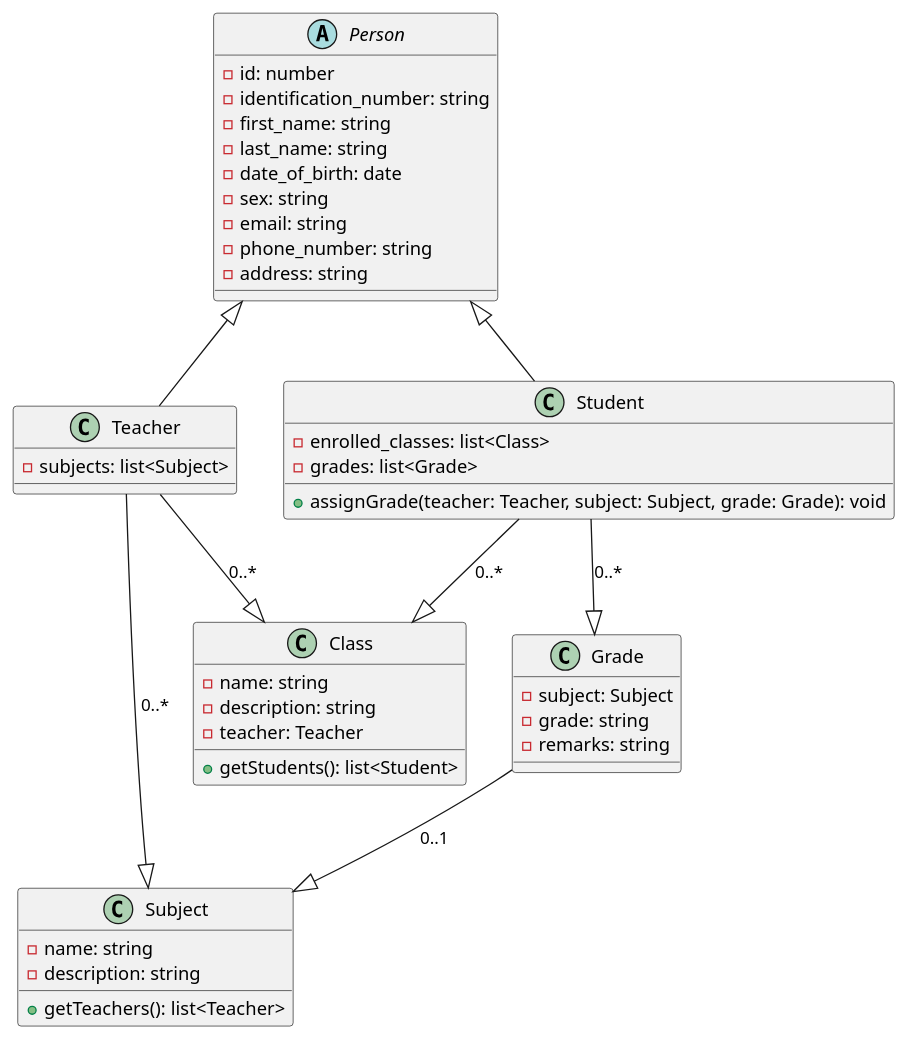
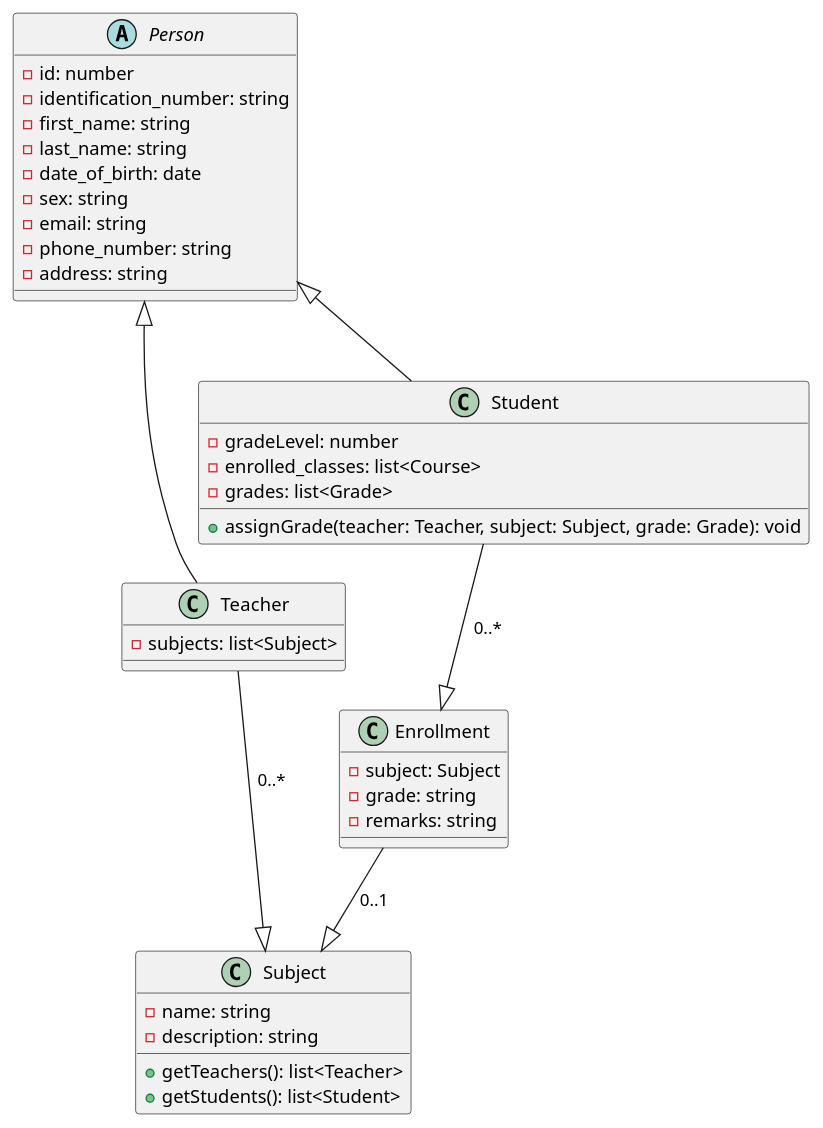
Before and after one commit to Zekiloni/school-management-api-laravel: the diagram in doc/erm-diagram.puml, drawn with PlantUML. The commit also changed 11 other files, not shown here.

```diff
--- a/doc/erm-diagram.puml
+++ b/doc/erm-diagram.puml
@@ -1,55 +1,47 @@
 @startuml "school management erm diagram"
 
 abstract class Person {
    -id: number
    -identification_number: string
    -first_name: string
    -last_name: string
    -date_of_birth: date
    -sex: string
    -email: string
    -phone_number: string
    -address: string
 }
 
 
 class Teacher {
    -subjects: list<Subject>
-   
 }
 
 class Student {
-   -enrolled_classes: list<Class>
+   -gradeLevel: number
+   -enrolled_classes: list<Course>
    -grades: list<Grade>
    +assignGrade(teacher: Teacher, subject: Subject, grade: Grade): void
-}
-
-class Class {
-   -name: string
-   -description: string
-   -teacher: Teacher
-   +getStudents(): list<Student>
 }
 
 class Subject {
    -name: string
    -description: string
    +getTeachers(): list<Teacher>
+   +getStudents(): list<Student>
 }
 
-class Grade {
+class Enrollment {
    -subject: Subject
    -grade: string
    -remarks: string
 }
 
 Person <|-- Teacher
 Person <|-- Student
 
-Student --|> Class : 0..*
-Student --|> Grade : 0..*
-Grade --|> Subject : 0..1
+Student --|> Enrollment : 0..*
+Enrollment --|> Subject : 0..1
 Teacher --|> Subject : 0..*
-Teacher --|> Class : 0..*
 
 @enduml
```
